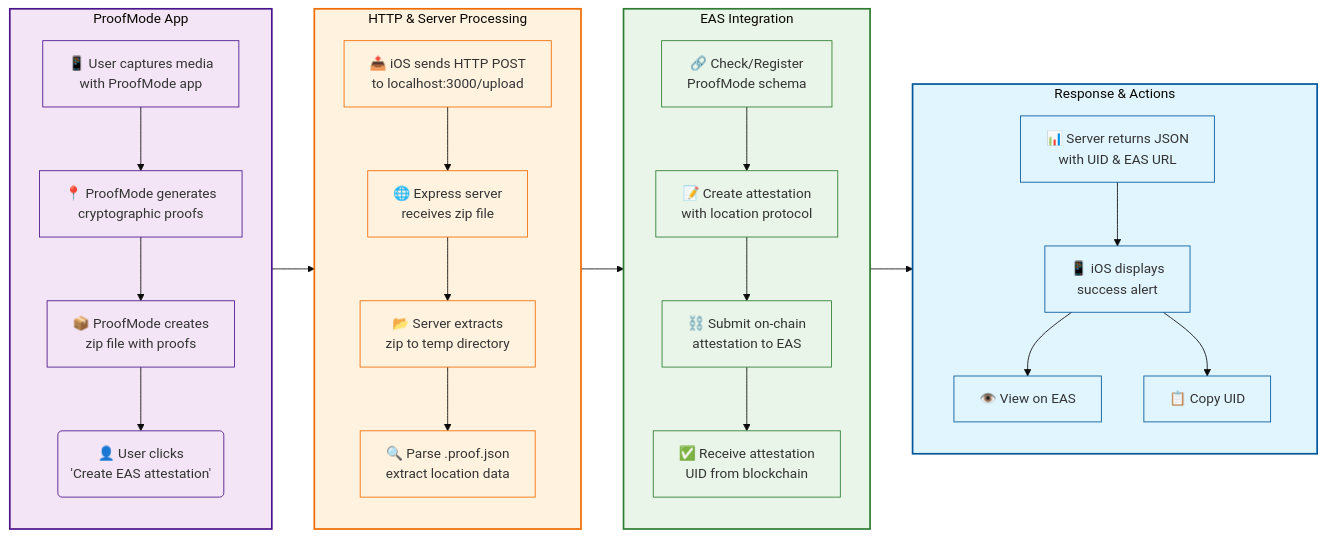
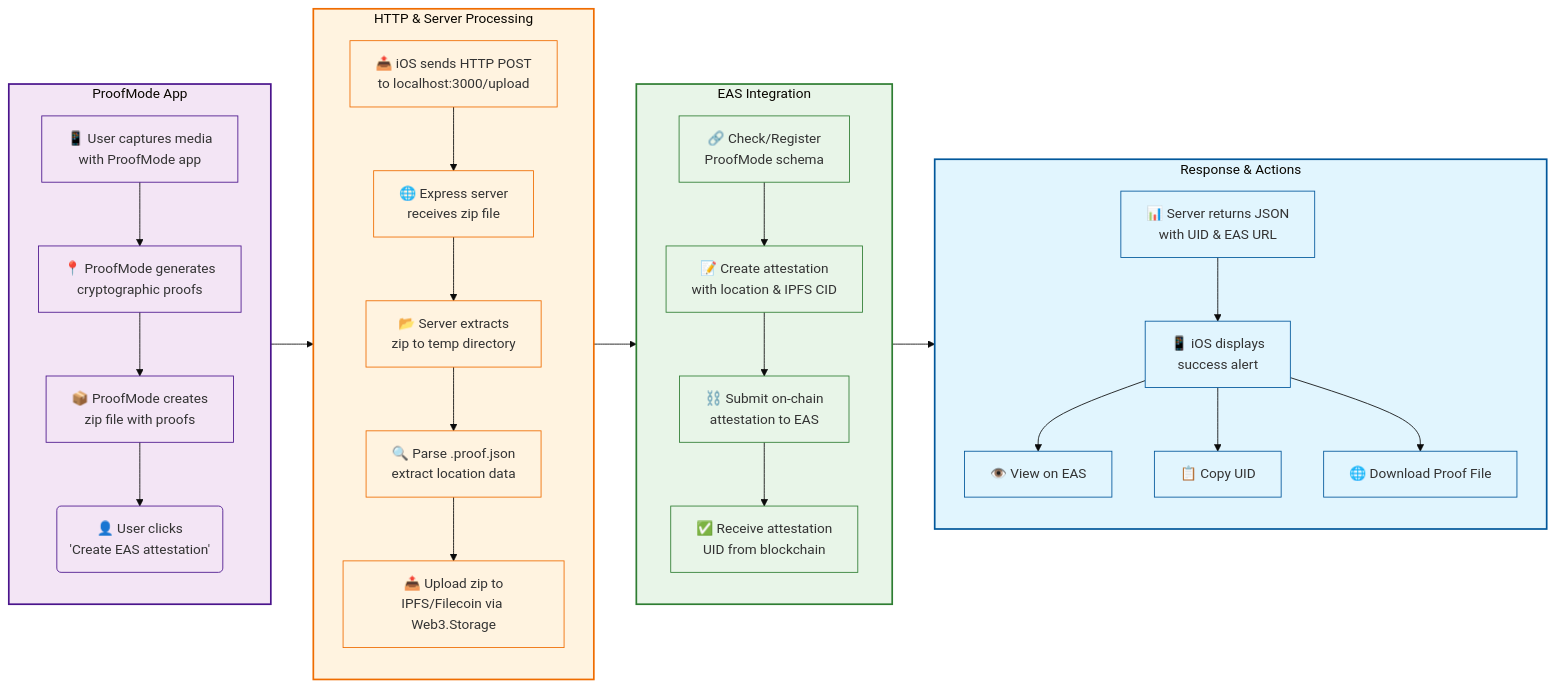
Before and after one commit to DecentralizedGeo/eas-sandbox: the diagram in proofmode-integration-poc/README.md, drawn with Mermaid (base theme). The commit also changed other lines of this file and 1 other file, not shown here.

Commit message:
docs: update ProofMode integration documentation for IPFS/Filecoin storage support

````diff
--- a/proofmode-integration-poc/README.md
+++ b/proofmode-integration-poc/README.md
@@ -38,56 +39,58 @@
 ```mermaid
 flowchart LR
     %% Column structure with vertical boxes and left-to-right flow between columns
     subgraph col1 ["ProofMode App"]
         direction TB
         A[📱 User captures media<br/>with ProofMode app]
         A --> B[📍 ProofMode generates<br/>cryptographic proofs]
         B --> C[📦 ProofMode creates<br/>zip file with proofs]
         C --> D(👤 User clicks<br/>'Create EAS attestation')
     end
     
     subgraph col2 ["HTTP & Server Processing"]
         direction TB
         E[📤 iOS sends HTTP POST<br/>to localhost:3000/upload]
         E --> F[🌐 Express server<br/>receives zip file]
         F --> G[📂 Server extracts<br/>zip to temp directory]
         G --> H[🔍 Parse .proof.json<br/>extract location data]
+        H --> I[📤 Upload zip to<br/>IPFS/Filecoin via Web3.Storage]
     end
     
     subgraph col3 ["EAS Integration"]
         direction TB
-        I[🔗 Check/Register<br/>ProofMode schema]
-        I --> J[📝 Create attestation<br/>with location protocol]
-        J --> K[⛓️ Submit on-chain<br/>attestation to EAS]
-        K --> L[✅ Receive attestation<br/>UID from blockchain]
+        J[🔗 Check/Register<br/>ProofMode schema]
+        J --> K[📝 Create attestation<br/>with location & IPFS CID]
+        K --> L[⛓️ Submit on-chain<br/>attestation to EAS]
+        L --> M[✅ Receive attestation<br/>UID from blockchain]
     end
     
     subgraph col4 ["Response & Actions"]
         direction TB
-        M[📊 Server returns JSON<br/>with UID & EAS URL]
-        M --> N[📱 iOS displays<br/>success alert]
-        N --> O[👁️ View on EAS]
-        N --> P[📋 Copy UID]
+        N[📊 Server returns JSON<br/>with UID & EAS URL]
+        N --> O[📱 iOS displays<br/>success alert]
+        O --> P[👁️ View on EAS]
+        O --> Q[📋 Copy UID]
+        O --> R[🌐 Download Proof File]
     end
     
     %% Flow between columns (left to right connections)
     col1 --> col2
     col2 --> col3
     col3 --> col4
     
     %% Styling for columns
     style col1 fill:#f3e5f5,stroke:#4a148c,stroke-width:2px
     style col2 fill:#fff3e0,stroke:#ef6c00,stroke-width:2px
     style col3 fill:#e8f5e8,stroke:#2e7d32,stroke-width:2px
     style col4 fill:#e1f5fe,stroke:#01579b,stroke-width:2px
     
     classDef userAction fill:#e1f5fe,stroke:#01579b,stroke-width:1px
     classDef proofmode fill:#f3e5f5,stroke:#4a148c,stroke-width:1px
     classDef integration fill:#fff3e0,stroke:#ef6c00,stroke-width:1px
     classDef server fill:#e8f5e8,stroke:#2e7d32,stroke-width:1px
     
     class A,B,C,D proofmode
-    class E,F,G,H integration
-    class I,J,K,L server
-    class M,N,O,P userAction
+    class E,F,G,H,I integration
+    class J,K,L,M server
+    class N,O,P,Q,R userAction
 ```
````
